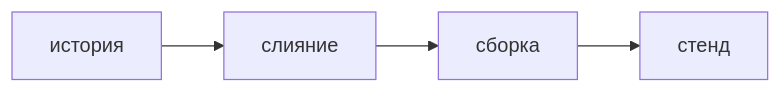
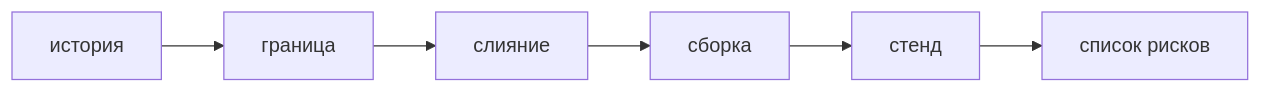
One commit to AlexanderNY/cursor_test changed the diagram in nine-to-eighteen/ui/src/data/learn/security/sec11-sdlc.md. Above: the diagram before and after it, drawn with Mermaid. The commit also changed other lines of this file and 40 other files, not shown here.

````diff
--- a/nine-to-eighteen/ui/src/data/learn/security/sec11-sdlc.md
+++ b/nine-to-eighteen/ui/src/data/learn/security/sec11-sdlc.md
@@ -52,6 +114,8 @@
 ```mermaid
 flowchart LR
-  Story[история] --> PR[слияние]
+  Story[история] --> Design[граница]
+  Design --> PR[слияние]
   PR --> Build[сборка]
   Build --> Stage[стенд]
+  Stage --> Risk[список рисков]
 ```
````
